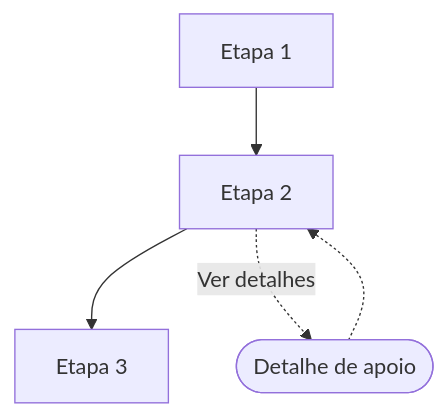
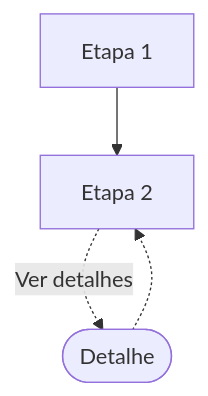
One commit to lucasandrioli/designop changed the first of 2 diagrams in docs/mapa-fluxo-_template.md. Above: the diagram before and after it, drawn with Mermaid. The commit also changed other lines of this file and 27 other files, not shown here.

````diff
--- a/docs/mapa-fluxo-_template.md
+++ b/docs/mapa-fluxo-_template.md
@@ -62,7 +50,6 @@
 ```mermaid
 flowchart TD
     a[Etapa 1] --> b[Etapa 2]
-    b --> c[Etapa 3]
-    b -.->|Ver detalhes| d([Detalhe de apoio])
-    d -.-> b
+    b -.->|Ver detalhes| c([Detalhe])
+    c -.-> b
 ```
````
